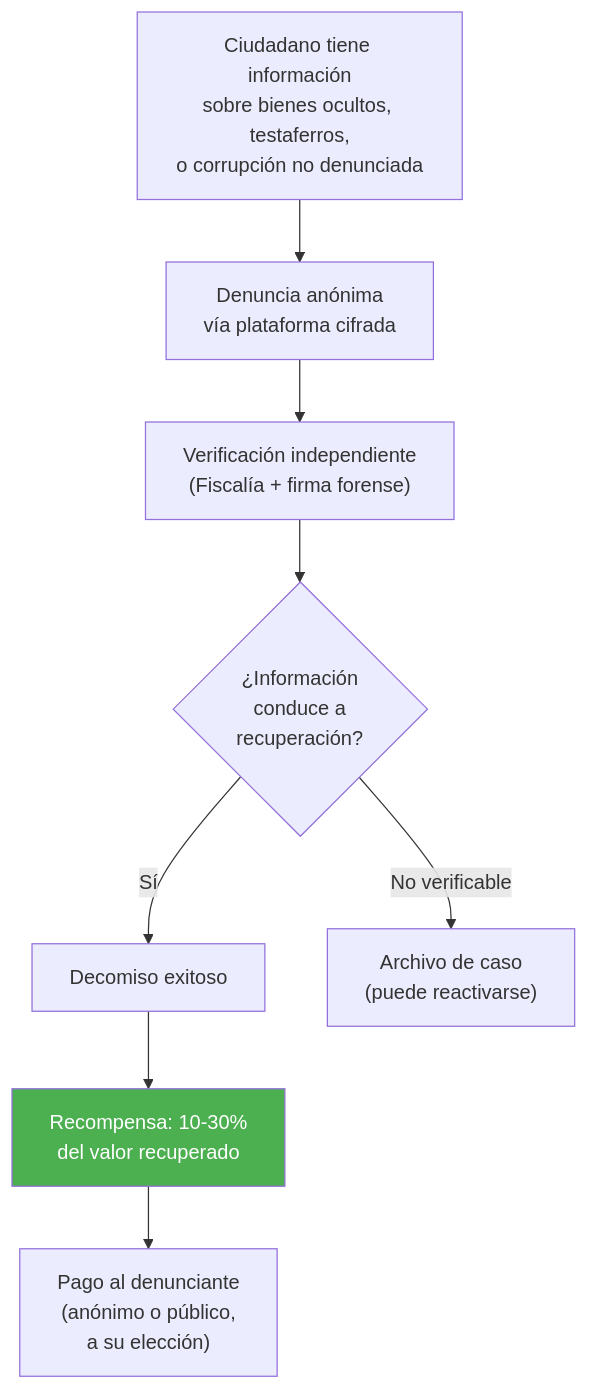
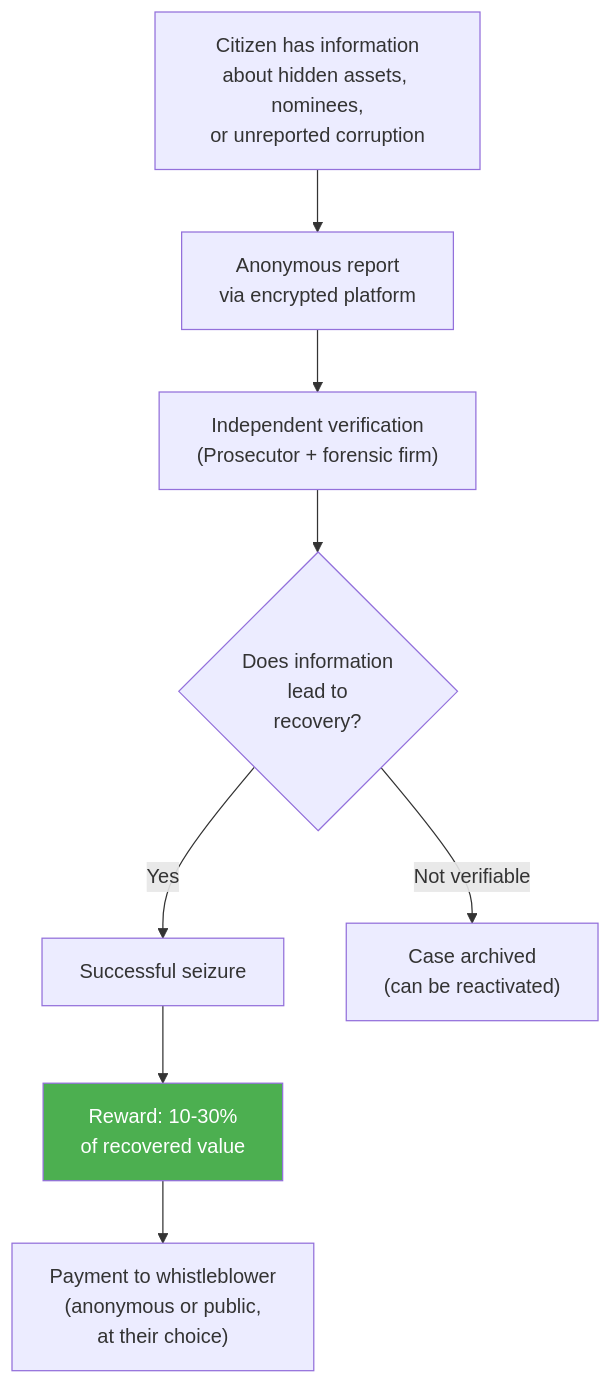
Before and after one commit to Venezuela-S-A/venezuela-sa: the second of 3 diagrams in i18n/en/docusaurus-plugin-content-docs/current/04-gobernanza/justicia-transicional.md, drawn with Mermaid. The commit also changed other lines of this file and 127 other files, not shown here.

````diff
--- a/i18n/en/docusaurus-plugin-content-docs/current/04-gobernanza/justicia-transicional.md
+++ b/i18n/en/docusaurus-plugin-content-docs/current/04-gobernanza/justicia-transicional.md
@@ -179,12 +179,12 @@
 ```mermaid
 flowchart TD
-    A["Ciudadano tiene información<br/>sobre bienes ocultos, testaferros,<br/>o corrupción no denunciada"] --> B["Denuncia anónima<br/>vía plataforma cifrada"]
-    B --> C["Verificación independiente<br/>(Fiscalía + firma forense)"]
-    C --> D{"¿Información<br/>conduce a<br/>recuperación?"}
-    D -->|Sí| E["Decomiso exitoso"]
-    E --> F["Recompensa: 10-30%<br/>del valor recuperado"]
-    D -->|No verificable| G["Archivo de caso<br/>(puede reactivarse)"]
-    F --> H["Pago al denunciante<br/>(anónimo o público,<br/>a su elección)"]
+    A["Citizen has information<br/>about hidden assets, nominees,<br/>or unreported corruption"] --> B["Anonymous report<br/>via encrypted platform"]
+    B --> C["Independent verification<br/>(Prosecutor + forensic firm)"]
+    C --> D{"Does information<br/>lead to<br/>recovery?"}
+    D -->|Yes| E["Successful seizure"]
+    E --> F["Reward: 10-30%<br/>of recovered value"]
+    D -->|Not verifiable| G["Case archived<br/>(can be reactivated)"]
+    F --> H["Payment to whistleblower<br/>(anonymous or public,<br/>at their choice)"]
 
     style F fill:#4CAF50,color:#fff
 ```
````
